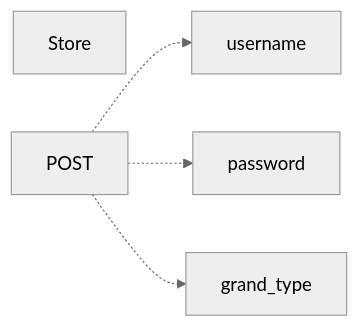
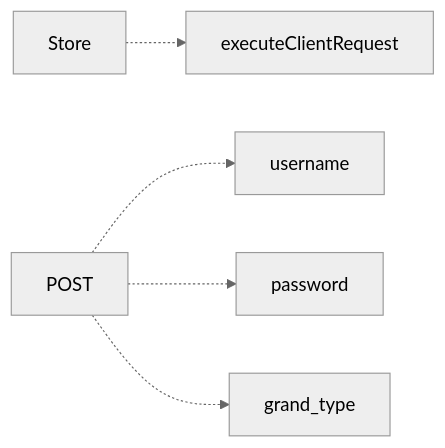
Before and after one commit to gordianknotC/nxp_note: the tenth of 11 diagrams in newage/astro.md, drawn with Mermaid (neutral theme). The commit also changed other lines of this file, not shown here.

````diff
--- a/newage/astro.md
+++ b/newage/astro.md
@@ -145,9 +145,10 @@
 ```mermaid
 graph LR
 Store
 POST
 POST -.-> username
 POST -.-> password
 POST -.-> grand_type
 
+Store -.-> executeClientRequest
 ```
````
